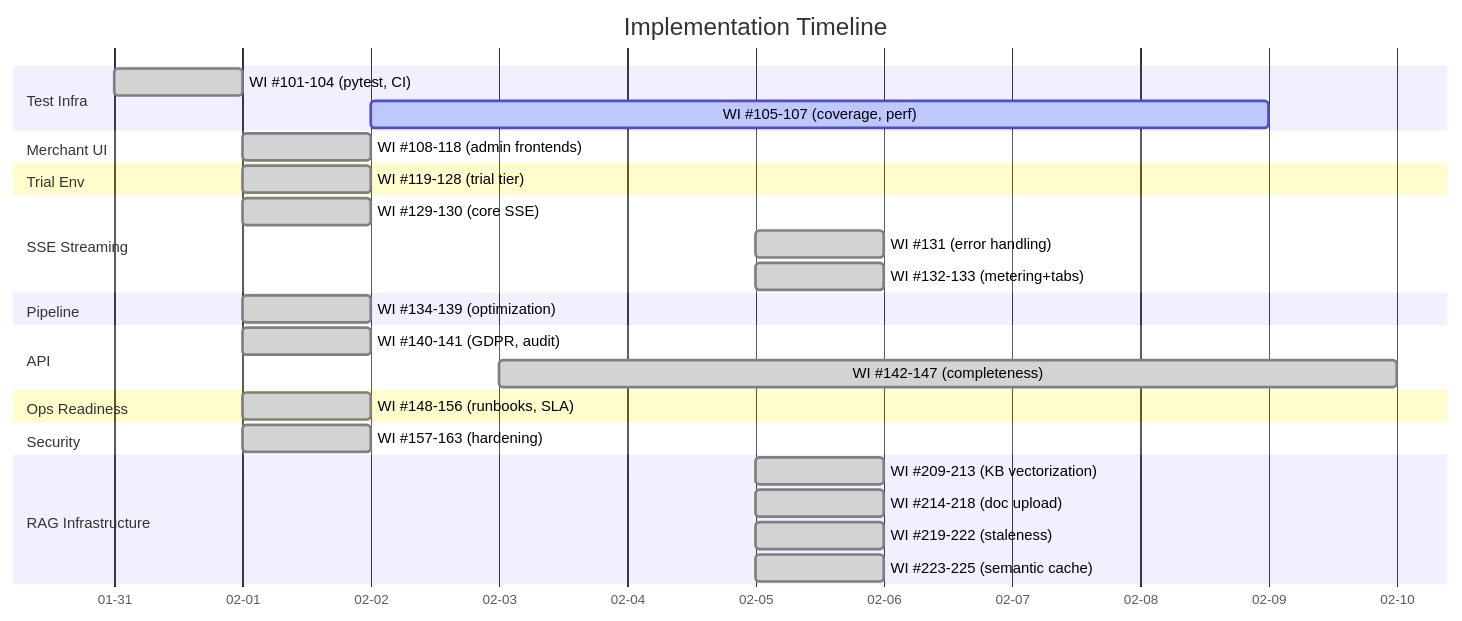
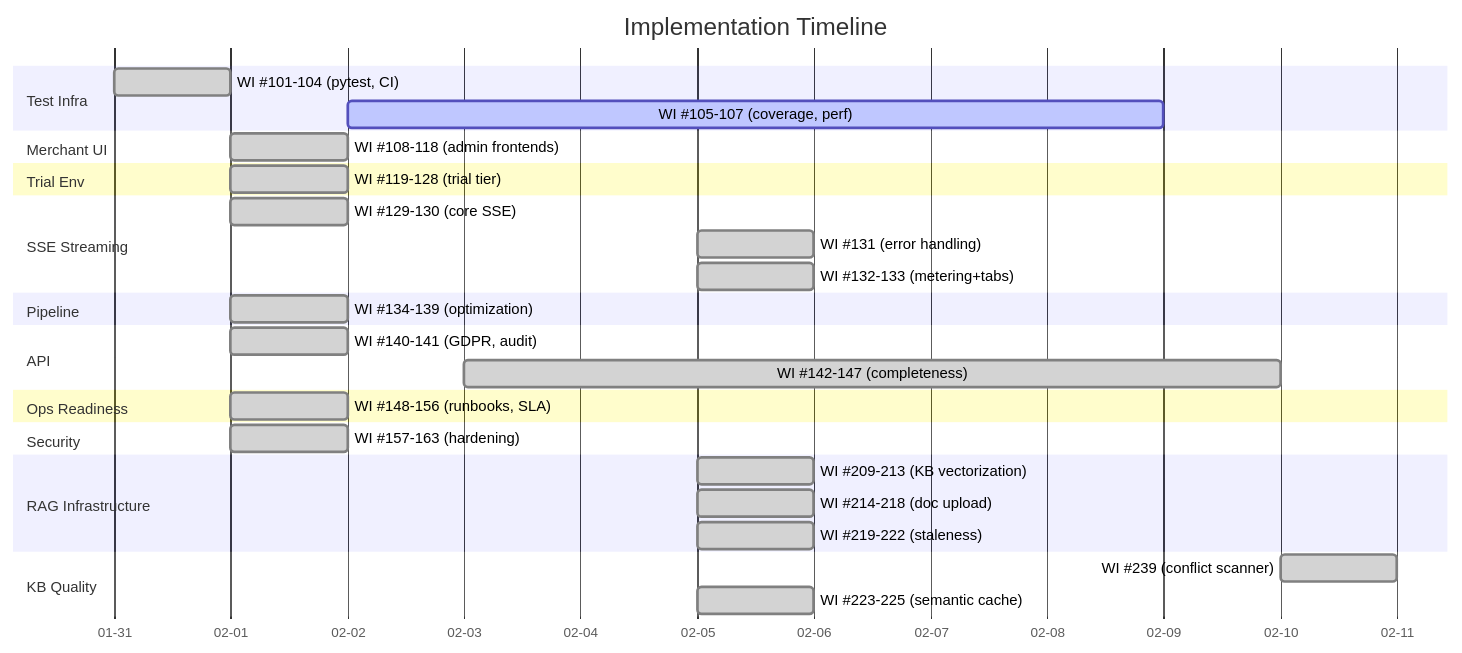
The second of 3 diagrams in docs/BACKLOG-NEW-WORK-ITEMS.md (Remaker-Digital/groundtruth-kb), drawn with Mermaid before and after one commit. The commit also changed other lines of this file and 20 other files, not shown here.

First line of the commit message:
KB conflict scanner, route ordering fix, App Store listing accuracy review, admin UI validation

````diff
--- a/docs/BACKLOG-NEW-WORK-ITEMS.md
+++ b/docs/BACKLOG-NEW-WORK-ITEMS.md
@@ -23,40 +23,43 @@
 ```mermaid
 gantt
     title Implementation Timeline
     dateFormat YYYY-MM-DD
     axisFormat %m-%d
 
     section Test Infra
     WI #101-104 (pytest, CI)       :done, 2026-01-31, 1d
     WI #105-107 (coverage, perf)   :active, 2026-02-02, 7d
 
     section Merchant UI
     WI #108-118 (admin frontends)  :done, 2026-02-01, 1d
 
     section Trial Env
     WI #119-128 (trial tier)       :done, 2026-02-01, 1d
 
     section SSE Streaming
     WI #129-130 (core SSE)         :done, 2026-02-01, 1d
     WI #131 (error handling)        :done, 2026-02-05, 1d
     WI #132-133 (metering+tabs)     :done, 2026-02-05, 1d
 
     section Pipeline
     WI #134-139 (optimization)     :done, 2026-02-01, 1d
 
     section API
     WI #140-141 (GDPR, audit)      :done, 2026-02-01, 1d
     WI #142-147 (completeness)     :done, 2026-02-03, 7d
 
     section Ops Readiness
     WI #148-156 (runbooks, SLA)    :done, 2026-02-01, 1d
 
     section Security
     WI #157-163 (hardening)        :done, 2026-02-01, 1d
 
     section RAG Infrastructure
     WI #209-213 (KB vectorization) :done, 2026-02-05, 1d
     WI #214-218 (doc upload)       :done, 2026-02-05, 1d
     WI #219-222 (staleness)        :done, 2026-02-05, 1d
+
+    section KB Quality
+    WI #239 (conflict scanner)     :done, 2026-02-10, 1d
     WI #223-225 (semantic cache)   :done, 2026-02-05, 1d
 ```
````
